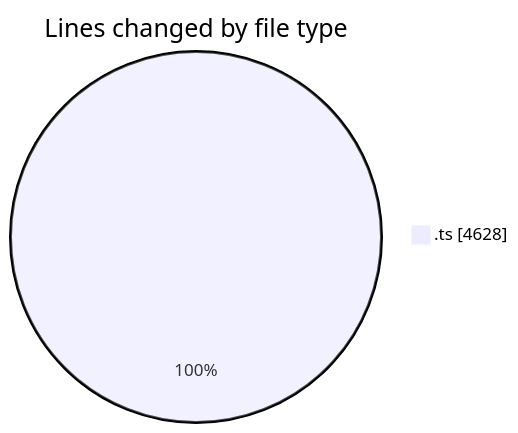
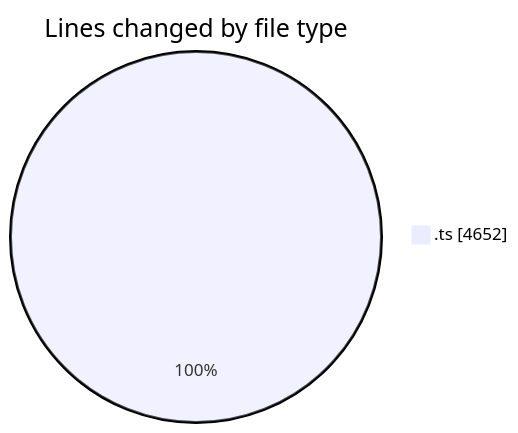
Before and after one commit to momahboobian/code-tracking: the first of 2 diagrams in 2025-06-24/cda/README.md, drawn with Mermaid. The commit also changed other lines of this file and 1 other file, not shown here.

````diff
--- a/2025-06-24/cda/README.md
+++ b/2025-06-24/cda/README.md
@@ -24,5 +24,5 @@
 ```mermaid
 pie showData
 title Lines changed by file type
-".ts" : 4628
+".ts" : 4652
 ```
````
